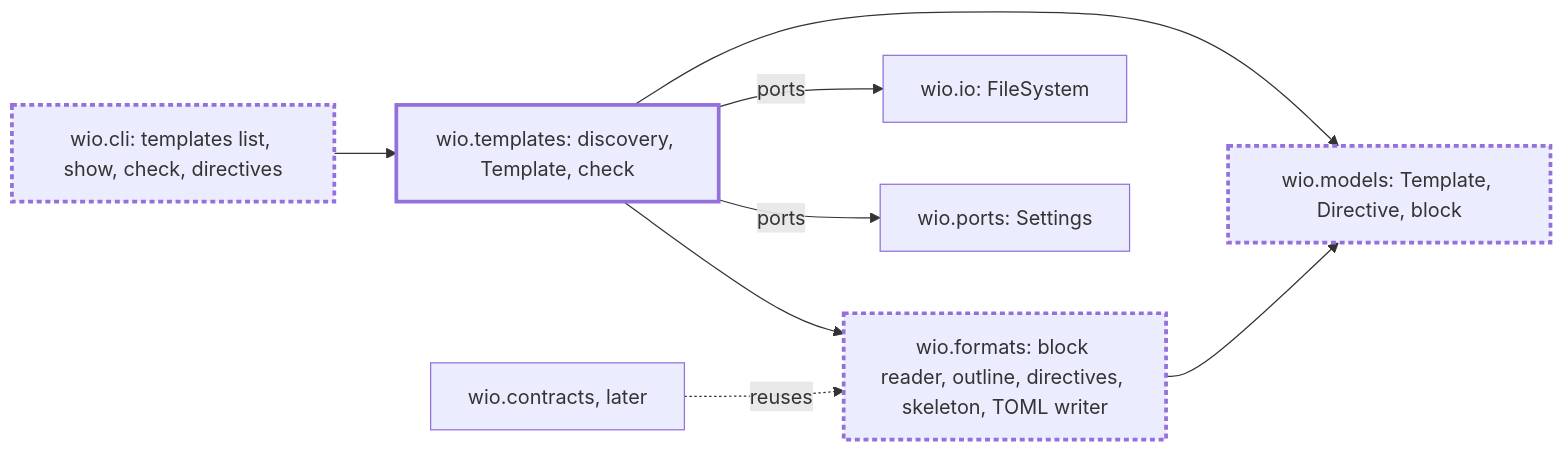
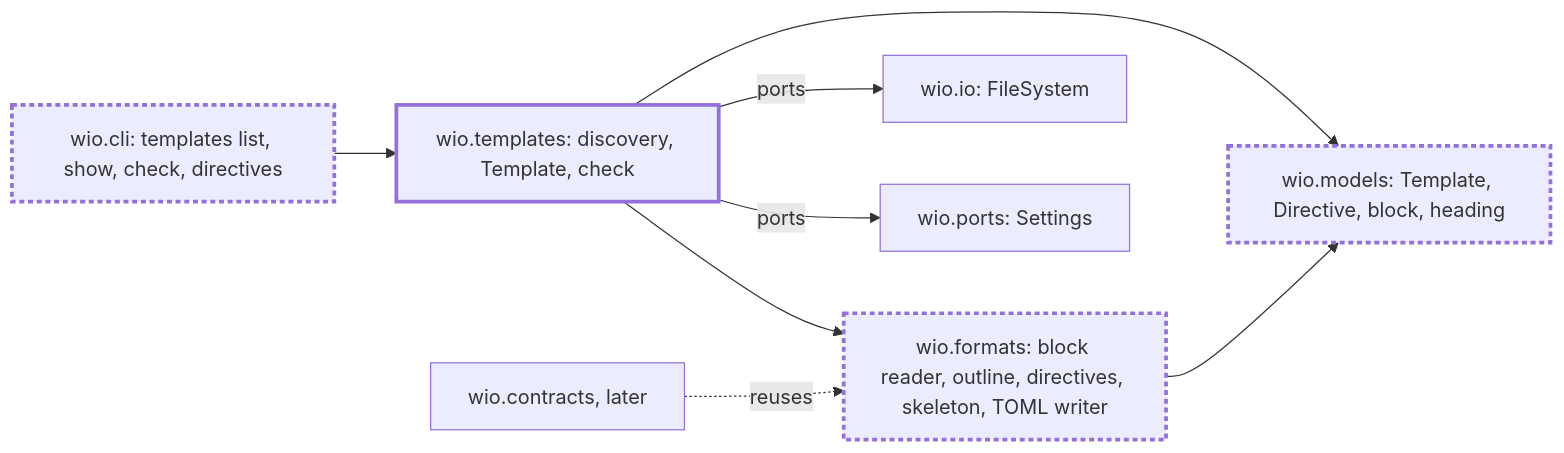
The diagram in .agents/wio/works/templates/README.md (msitarz/wio), drawn with Mermaid before and after one commit. The commit also changed other lines of this file and 9 other files, not shown here.

````diff
--- a/.agents/wio/works/templates/README.md
+++ b/.agents/wio/works/templates/README.md
@@ -141,19 +146,19 @@
 ```mermaid
 flowchart LR
     cli["wio.cli: templates list, show, check, directives"]:::changed
     templates["wio.templates: discovery, Template, check"]:::new
     formats["wio.formats: block reader, outline, directives, skeleton, TOML writer"]:::changed
-    models["wio.models: Template, Directive, block"]:::changed
+    models["wio.models: Template, Directive, block, heading"]:::changed
     io["wio.io: FileSystem"]
     settings["wio.ports: Settings"]
     contracts["wio.contracts, later"]
     cli --> templates
     templates --> formats
     templates --> models
     templates -- "ports" --> io
     templates -- "ports" --> settings
     formats --> models
     contracts -. "reuses" .-> formats
     classDef new stroke-width: 3px
     classDef changed stroke-width: 3px,stroke-dasharray: 4 3
 ```
````
